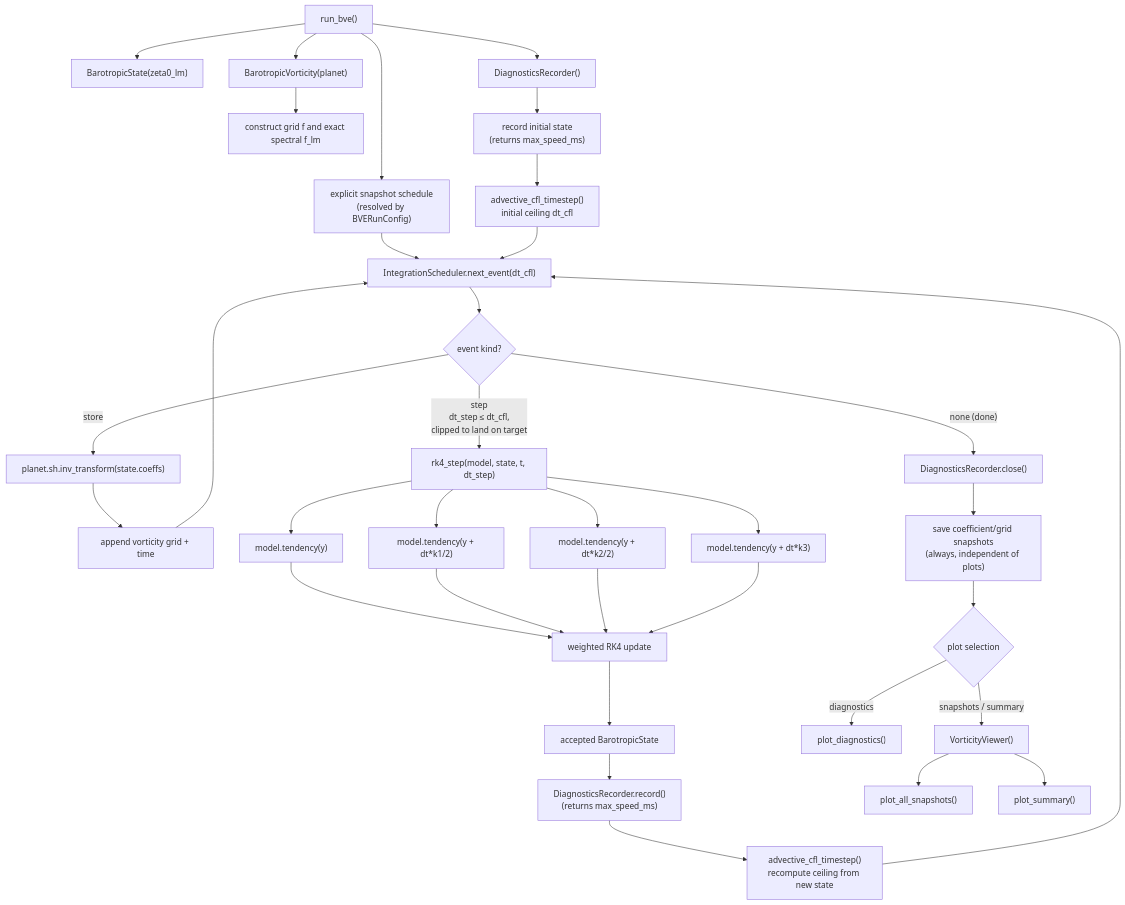
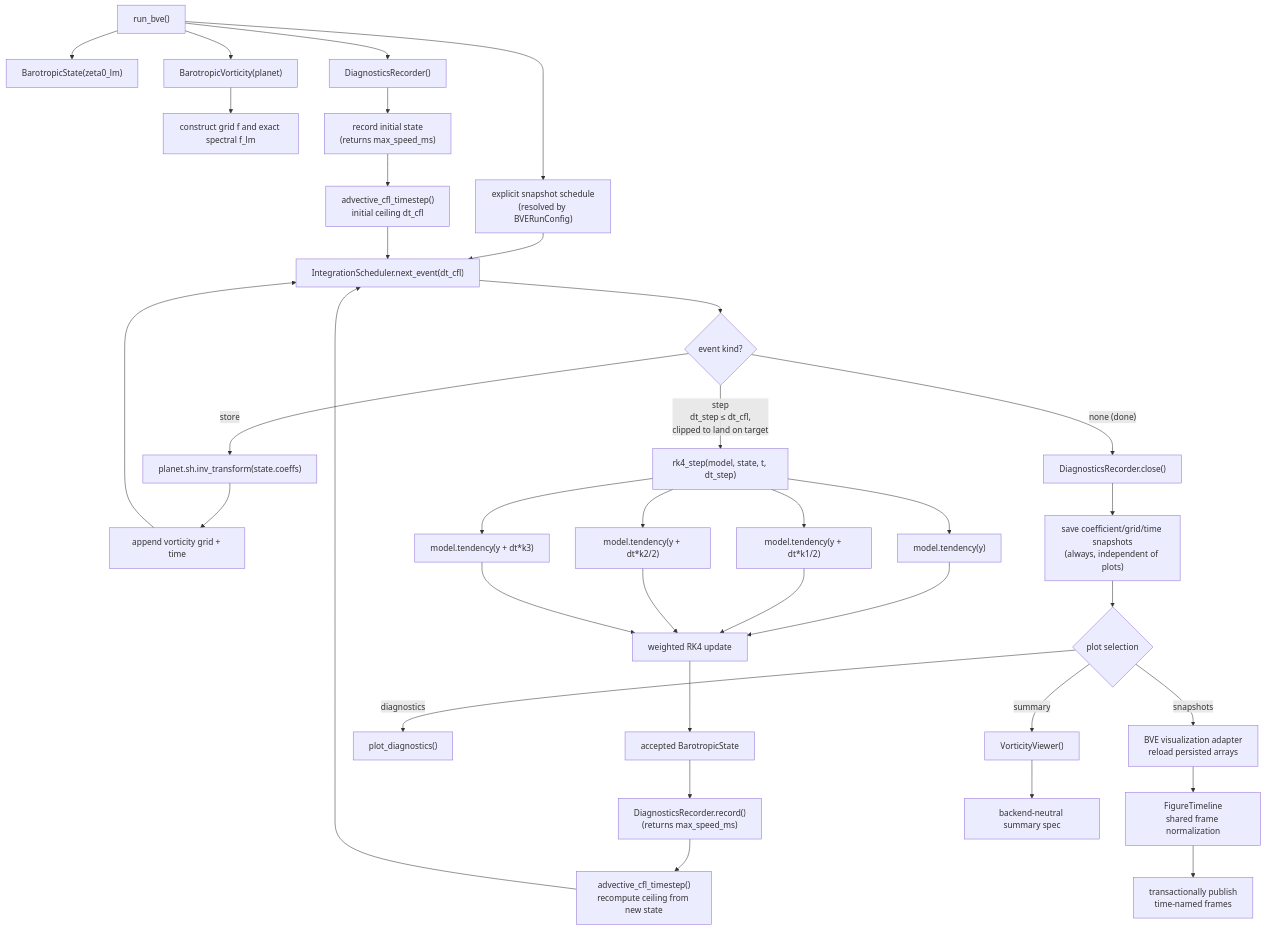
One commit to AlexandreEros/Aeolus changed the third of 5 diagrams in docs/call-structure.md. Above: the diagram before and after it, drawn with Mermaid. The commit also changed other lines of this file and 21 other files, not shown here.

Commit message:
feat(viz): add shared snapshot timeline rendering

````diff
--- a/docs/call-structure.md
+++ b/docs/call-structure.md
@@ -131,41 +131,43 @@
 ```mermaid
 flowchart TD
     run["run_bve()"] --> state["BarotropicState(zeta0_lm)"]
     run --> model["BarotropicVorticity(planet)"]
     model --> coriolis["construct grid f and exact spectral f_lm"]
 
     run --> recorder["DiagnosticsRecorder()"]
     recorder --> record0["record initial state<br/>(returns max_speed_ms)"]
     record0 --> cfl0["advective_cfl_timestep()<br/>initial ceiling dt_cfl"]
 
     run --> schedule["explicit snapshot schedule<br/>(resolved by BVERunConfig)"]
     schedule --> sched["IntegrationScheduler.next_event(dt_cfl)"]
     cfl0 --> sched
 
     sched --> ev{"event kind?"}
     ev -- "store" --> synth["planet.sh.inv_transform(state.coeffs)"]
     synth --> memory["append vorticity grid + time"]
     memory --> sched
     ev -- "step<br/>dt_step ≤ dt_cfl,<br/>clipped to land on target" --> rk4["rk4_step(model, state, t, dt_step)"]
 
     rk4 --> k1["model.tendency(y)"]
     rk4 --> k2["model.tendency(y + dt*k1/2)"]
     rk4 --> k3["model.tendency(y + dt*k2/2)"]
     rk4 --> k4["model.tendency(y + dt*k3)"]
     k1 --> combine["weighted RK4 update"]
     k2 --> combine
     k3 --> combine
     k4 --> combine
     combine --> accepted["accepted BarotropicState"]
     accepted --> record["DiagnosticsRecorder.record()<br/>(returns max_speed_ms)"]
     record --> cfln["advective_cfl_timestep()<br/>recompute ceiling from new state"]
     cfln --> sched
 
     ev -- "none (done)" --> close["DiagnosticsRecorder.close()"]
-    close --> save["save coefficient/grid snapshots<br/>(always, independent of plots)"]
+    close --> save["save coefficient/grid/time snapshots<br/>(always, independent of plots)"]
     save --> plotsel{"plot selection"}
     plotsel -- "diagnostics" --> diagPlot["plot_diagnostics()"]
-    plotsel -- "snapshots / summary" --> viewer["VorticityViewer()"]
-    viewer --> snapshots["plot_all_snapshots()"]
-    viewer --> summary["plot_summary()"]
+    plotsel -- "snapshots" --> adapter["BVE visualization adapter<br/>reload persisted arrays"]
+    adapter --> timeline["FigureTimeline<br/>shared frame normalization"]
+    timeline --> snapshots["transactionally publish<br/>time-named frames"]
+    plotsel -- "summary" --> viewer["VorticityViewer()"]
+    viewer --> summary["backend-neutral summary spec"]
 ```
````
